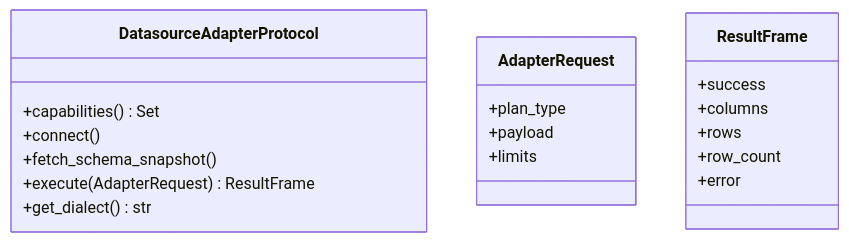
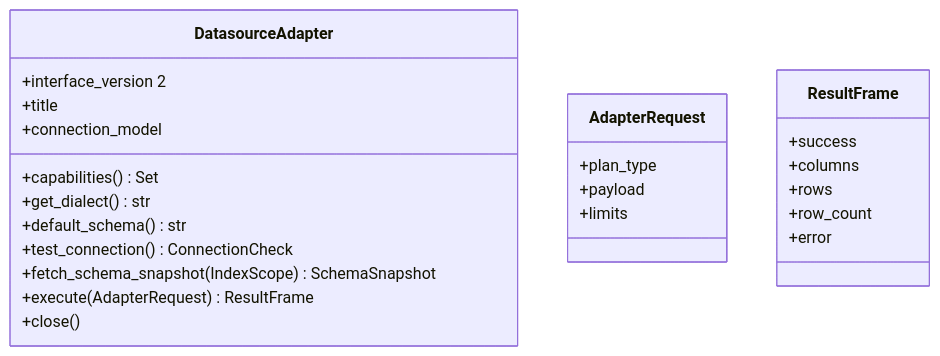
The second of 3 diagrams in docs/adapters/architecture.md (nadeem4/nl2sql), drawn with Mermaid before and after one commit. The commit also changed other lines of this file and 104 other files, not shown here.

First line of the commit message:
feat(sdk): adapter SDK v2 contract, strict connection models and the index scope (B1) (#291)

````diff
--- a/docs/adapters/architecture.md
+++ b/docs/adapters/architecture.md
@@ -18,22 +19,27 @@
 ```mermaid
 classDiagram
-    class DatasourceAdapterProtocol {
+    class DatasourceAdapter {
+        +interface_version 2
+        +title
+        +connection_model
         +capabilities() Set
-        +connect()
-        +fetch_schema_snapshot()
+        +get_dialect() str
+        +default_schema() str
+        +test_connection() ConnectionCheck
+        +fetch_schema_snapshot(IndexScope) SchemaSnapshot
         +execute(AdapterRequest) ResultFrame
-        +get_dialect() str
+        +close()
     }
     class AdapterRequest {
         +plan_type
         +payload
         +limits
     }
     class ResultFrame {
         +success
         +columns
         +rows
         +row_count
         +error
     }
 ```
````
